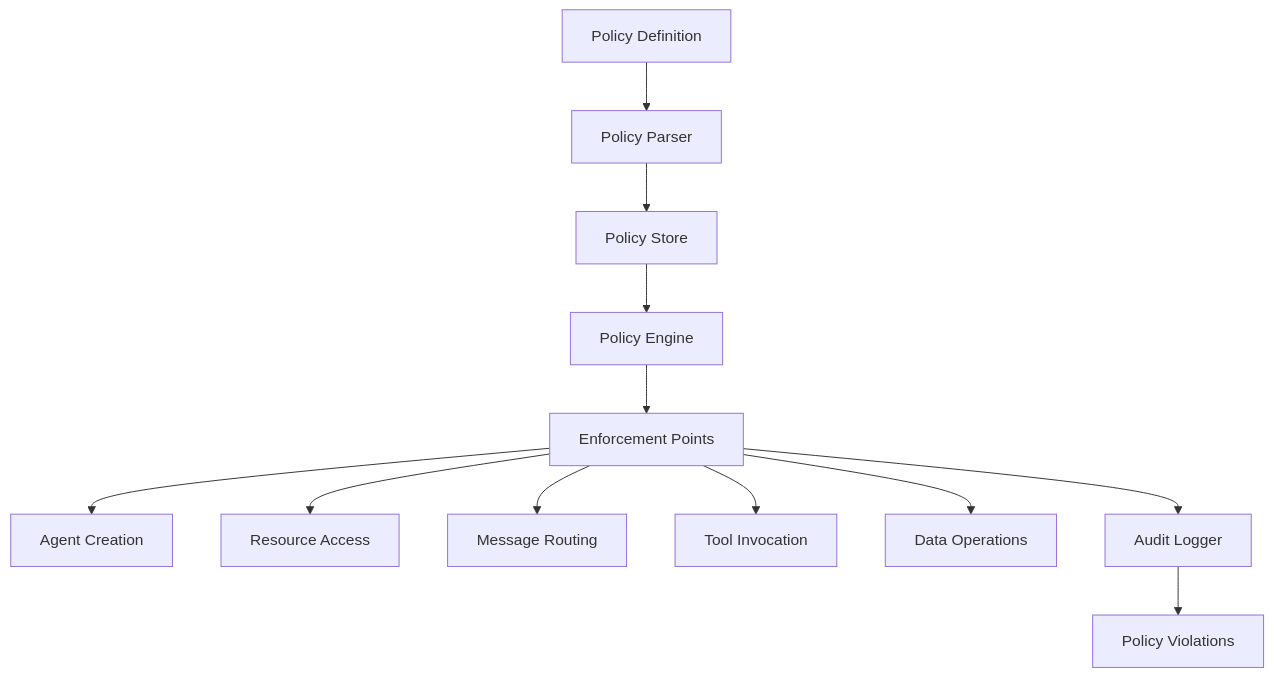
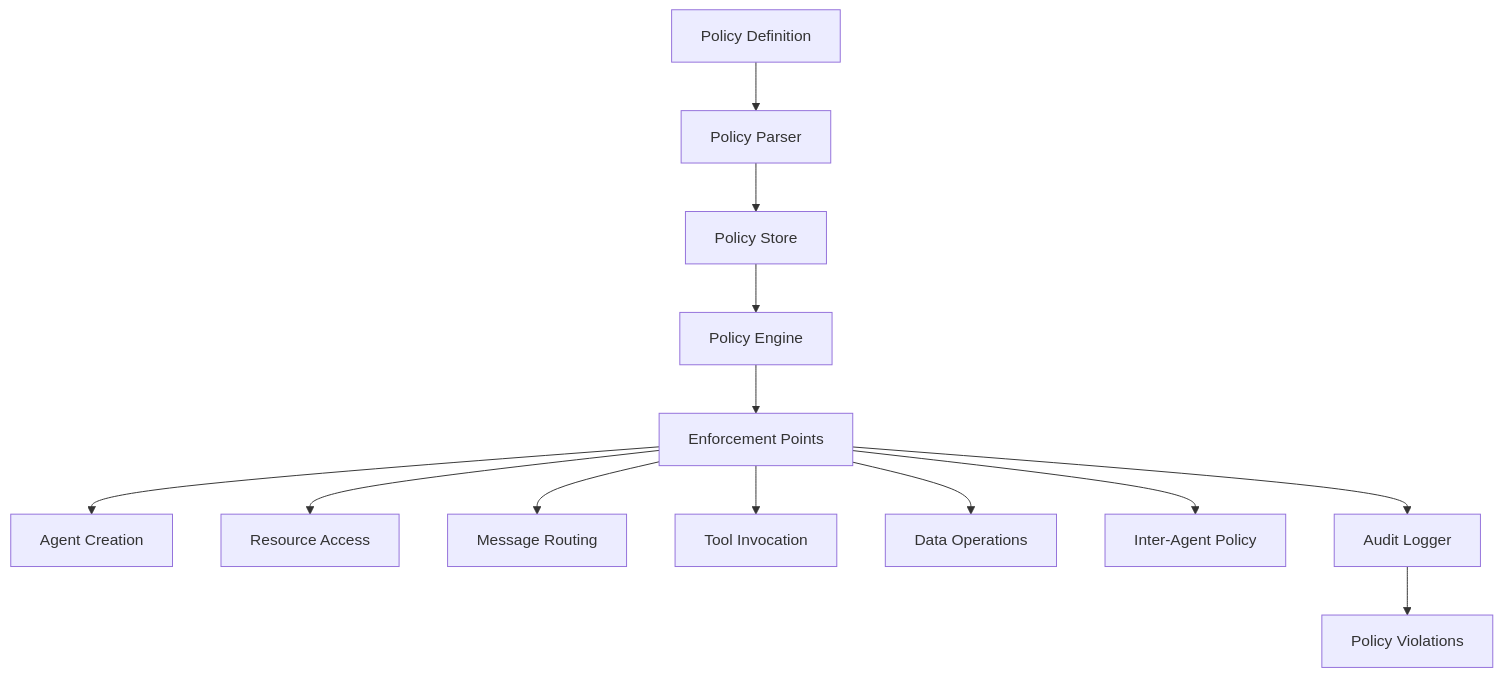
The second of 4 diagrams in docs/security-model.de.md (ThirdKeyAI/Symbiont), drawn with Mermaid before and after one commit. The commit also changed other lines of this file and 23 other files, not shown here.

Commit message:
Add symbi init docs, inter-agent comm governance, and translations (zh-cn, es, pt, ja, de)

````diff
--- a/docs/security-model.de.md
+++ b/docs/security-model.de.md
@@ -167,16 +167,17 @@
 ```mermaid
 graph TB
     A[Policy Definition] --> B[Policy Parser]
     B --> C[Policy Store]
     C --> D[Policy Engine]
     D --> E[Enforcement Points]
 
     E --> F[Agent Creation]
     E --> G[Resource Access]
     E --> H[Message Routing]
     E --> I[Tool Invocation]
     E --> J[Data Operations]
+    E --> CPG[Inter-Agent Policy]
 
     K[Audit Logger] --> L[Policy Violations]
     E --> K
 ```
````
